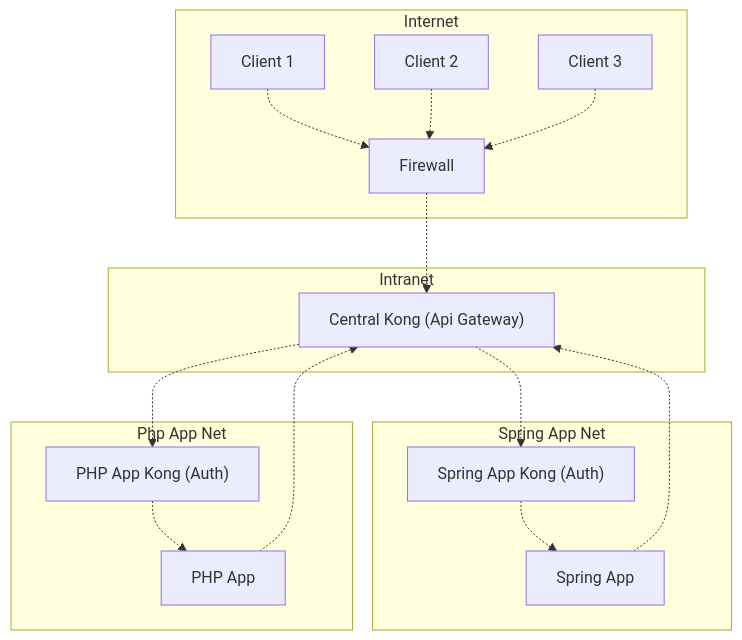
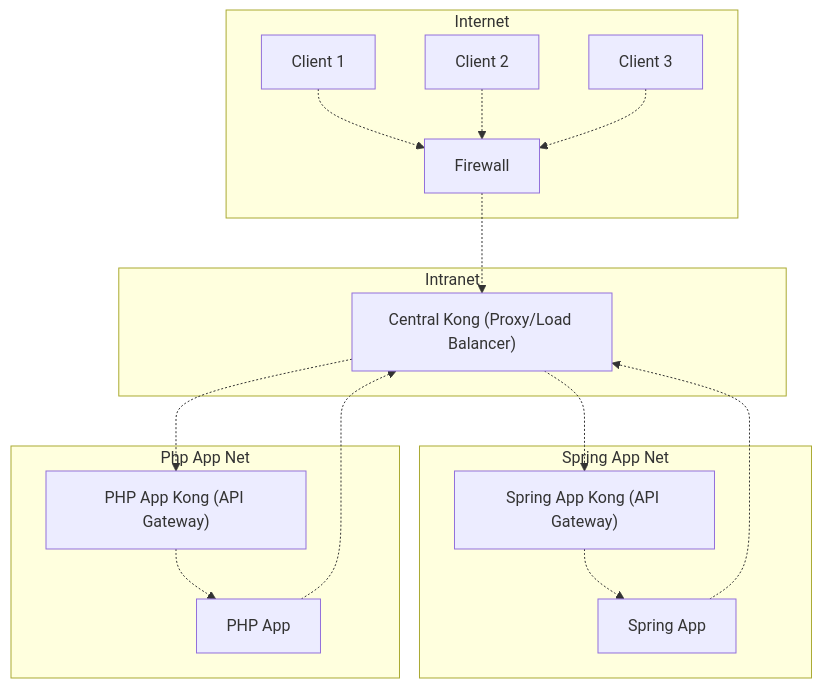
Before and after one commit to FrankleyRocha/poc-kong: the first of 2 diagrams in README.md, drawn with Mermaid.

````diff
--- a/README.md
+++ b/README.md
@@ -5,38 +5,38 @@
 ```mermaid
 graph TD
     subgraph Internet
         Client1["Client 1"]
         Client2["Client 2"]
         Client3["Client 3"]
 
         Firewall
     end
 
     Client1 -.-> Firewall
     Client2 -.-> Firewall
     Client3 -.-> Firewall
     Firewall -.-> central-kong
 
     subgraph intranet["Intranet"]
-        central-kong["Central Kong (Api Gateway)"]
+        central-kong["Central Kong (Proxy/Load Balancer)"]
     end
 
     central-kong -.-> springapp-kong
     central-kong -.-> phpapp-kong
 
     subgraph springapp-net["Spring App Net"]
         springapp["Spring App"]
-        springapp-kong["Spring App Kong (Auth)"]
+        springapp-kong["Spring App Kong (API Gateway)"]
     end
 
     springapp-kong -.-> springapp
     springapp -.-> central-kong
 
     subgraph phpapp-net["Php App Net"]
         phpapp["PHP App"]
-        phpapp-kong["PHP App Kong (Auth)"]
+        phpapp-kong["PHP App Kong (API Gateway)"]
     end
 
     phpapp-kong -.-> phpapp
     phpapp -.-> central-kong
 ```
````
